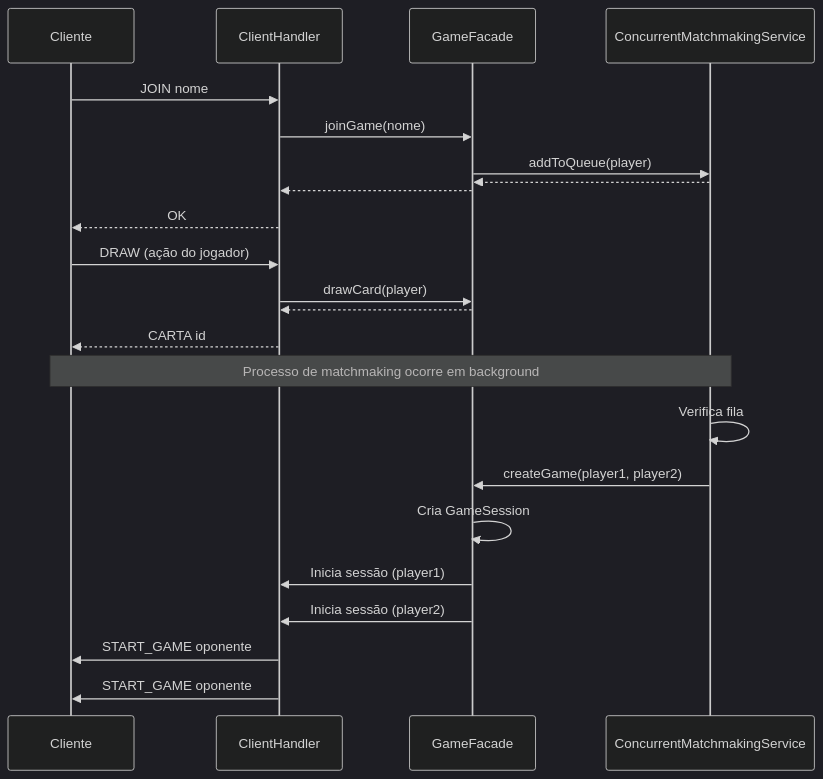
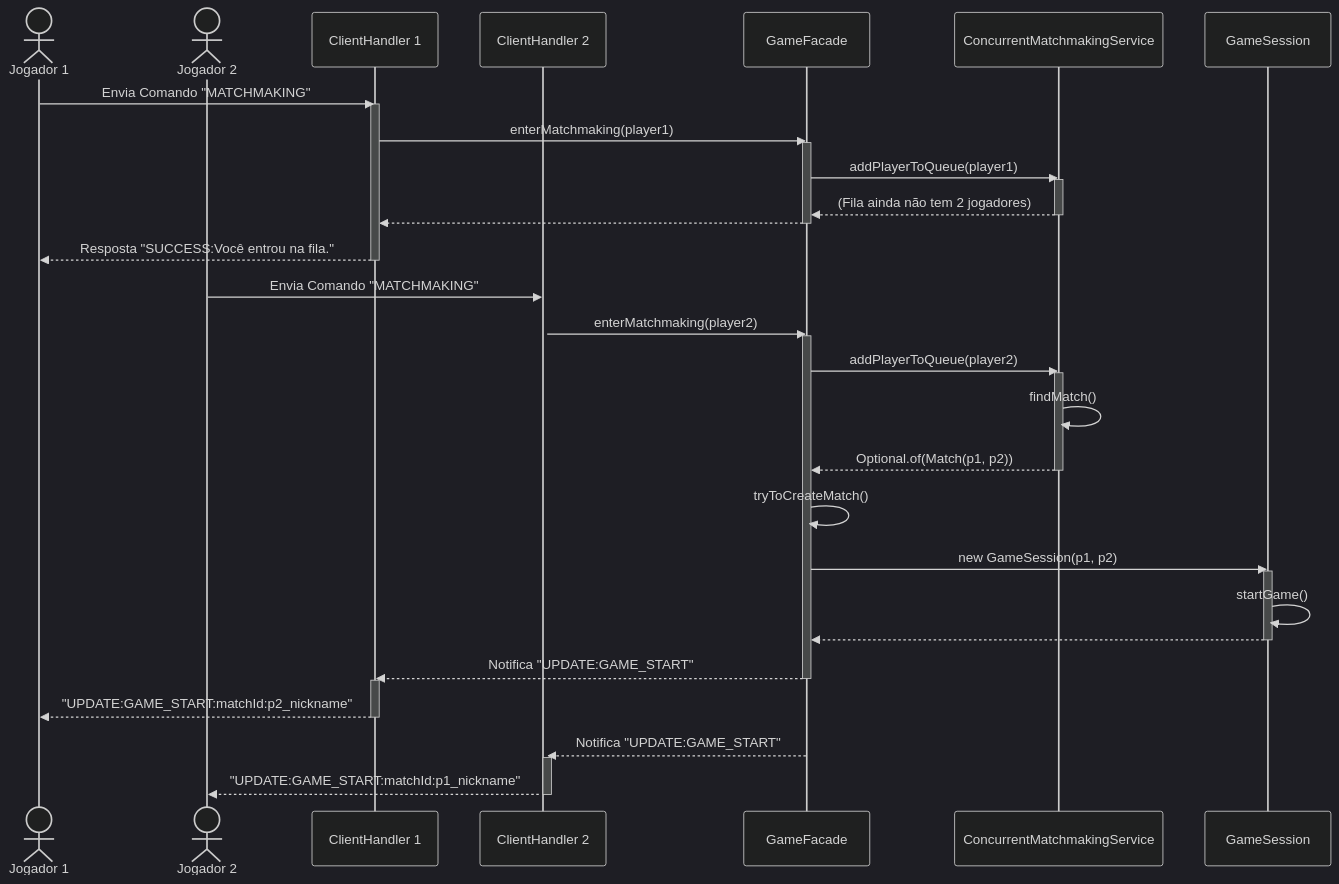
One commit to Lucas-Damasceno-dev/dueling-protocol changed the diagram in report/figuras/sequencia.mermaid. Above: the diagram before and after it, drawn with Mermaid (dark theme). The commit also changed 18 other files, not shown here.

```diff
--- a/report/figuras/sequencia.mermaid
+++ b/report/figuras/sequencia.mermaid
@@ -1,26 +1,49 @@
 sequenceDiagram
-    participant C as Cliente
-    participant CH as ClientHandler
+    actor P1 as Jogador 1
+    actor P2 as Jogador 2
+    participant CH1 as ClientHandler 1
+    participant CH2 as ClientHandler 2
     participant GF as GameFacade
-    participant CMS as ConcurrentMatchmakingService
+    participant MS as ConcurrentMatchmakingService
+    participant GS as GameSession
 
-    C->>CH: JOIN nome
-    CH->>GF: joinGame(nome)
-    GF->>CMS: addToQueue(player)
-    CMS-->>GF: 
-    GF-->>CH: 
-    CH-->>C: OK
+    P1->>CH1: Envia Comando "MATCHMAKING"
+    activate CH1
+    CH1->>GF: enterMatchmaking(player1)
+    activate GF
+    GF->>MS: addPlayerToQueue(player1)
+    activate MS
+    MS-->>GF: (Fila ainda não tem 2 jogadores)
+    deactivate MS
+    GF-->>CH1: 
+    deactivate GF
+    CH1-->>P1: Resposta "SUCCESS:Você entrou na fila."
+    deactivate CH1
 
-    C->>CH: DRAW (ação do jogador)
-    CH->>GF: drawCard(player)
-    GF-->>CH: 
-    CH-->>C: CARTA id
+    P2->>CH2: Envia Comando "MATCHMAKING"
+    activate CH2
+    CH2->>GF: enterMatchmaking(player2)
+    activate GF
+    GF->>MS: addPlayerToQueue(player2)
+    activate MS
+    MS->>MS: findMatch()
+    MS-->>GF: Optional.of(Match(p1, p2))
+    deactivate MS
+    
+    GF->>GF: tryToCreateMatch()
+    GF->>GS: new GameSession(p1, p2)
+    activate GS
+    GS->>GS: startGame()
+    GS-->>GF: 
+    deactivate GS
+    
+    GF-->>CH1: Notifica "UPDATE:GAME_START"
+    deactivate GF
+    activate CH1
+    CH1-->>P1: "UPDATE:GAME_START:matchId:p2_nickname"
+    deactivate CH1
 
-    Note over C,CMS: Processo de matchmaking ocorre em background
-    CMS->>CMS: Verifica fila
-    CMS->>GF: createGame(player1, player2)
-    GF->>GF: Cria GameSession
-    GF->>CH: Inicia sessão (player1)
-    GF->>CH: Inicia sessão (player2)
-    CH->>C: START_GAME oponente
-    CH->>C: START_GAME oponente
+    GF-->>CH2: Notifica "UPDATE:GAME_START"
+    activate CH2
+    CH2-->>P2: "UPDATE:GAME_START:matchId:p1_nickname"
+    deactivate CH2
```
